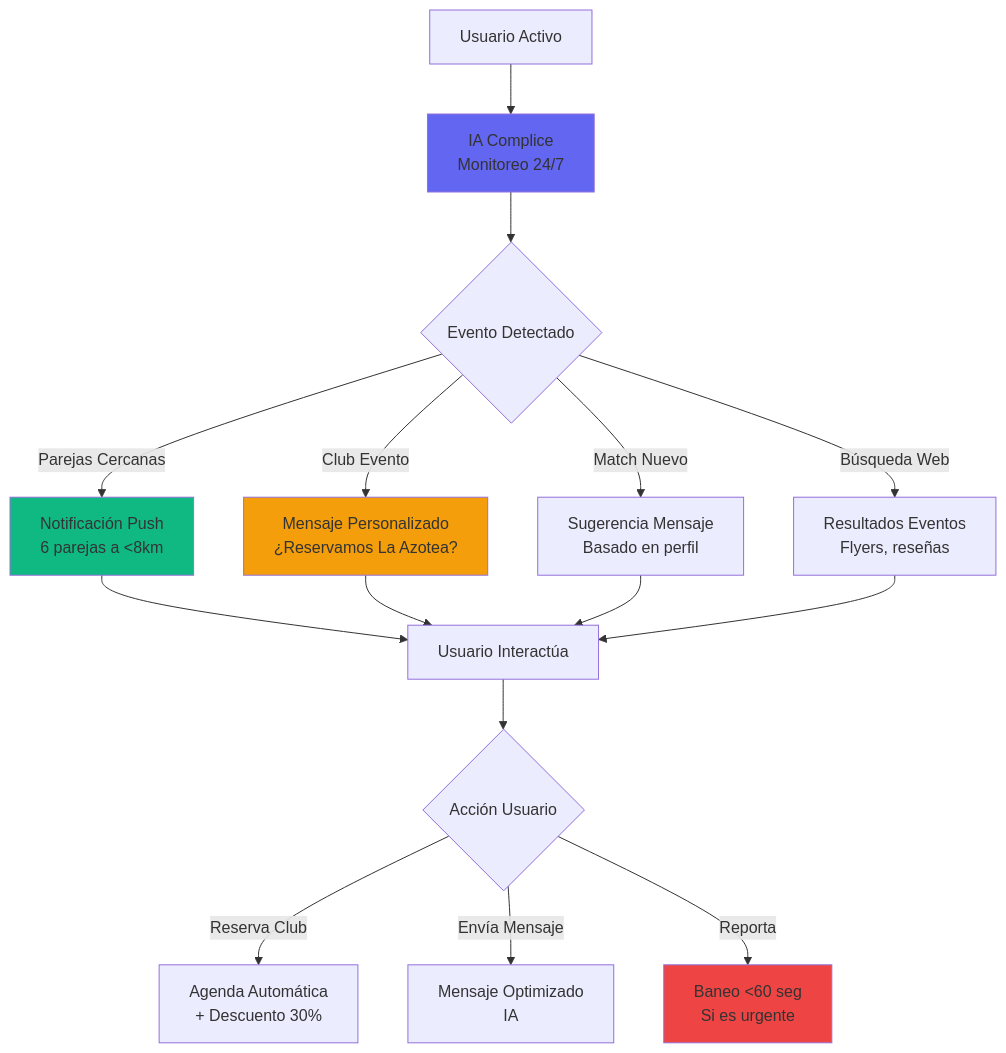
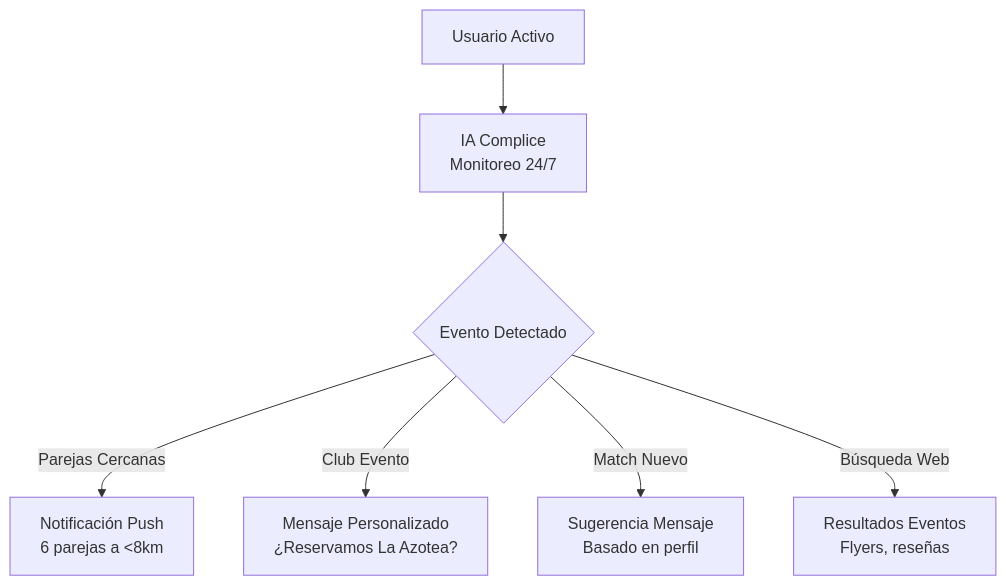
Before and after one commit to Complicessconecta/ComplicesConecta: the sixth of 6 diagrams in DIAGRAMAS_FLUJOS_v3.5.0.md, drawn with Mermaid. The commit also changed other lines of this file and 21 other files, not shown here.

````diff
--- a/DIAGRAMAS_FLUJOS_v3.5.0.md
+++ b/DIAGRAMAS_FLUJOS_v3.5.0.md
@@ -192,24 +195,10 @@
 ```mermaid
 graph TB
     A[Usuario Activo] --> B[IA Complice<br/>Monitoreo 24/7]
     B --> C{Evento Detectado}
     C -->|Parejas Cercanas| D[Notificación Push<br/>6 parejas a <8km]
     C -->|Club Evento| E[Mensaje Personalizado<br/>¿Reservamos La Azotea?]
     C -->|Match Nuevo| F[Sugerencia Mensaje<br/>Basado en perfil]
     C -->|Búsqueda Web| G[Resultados Eventos<br/>Flyers, reseñas]
     
-    D --> H[Usuario Interactúa]
-    E --> H
-    F --> H
-    G --> H
-    
-    H --> I{Acción Usuario}
-    I -->|Reserva Club| J[Agenda Automática<br/>+ Descuento 30%]
-    I -->|Envía Mensaje| K[Mensaje Optimizado<br/>IA]
-    I -->|Reporta| L[Baneo <60 seg<br/>Si es urgente]
-    
-    style B fill:#6366f1
-    style D fill:#10b981
-    style E fill:#f59e0b
-    style L fill:#ef4444
 ```
````
